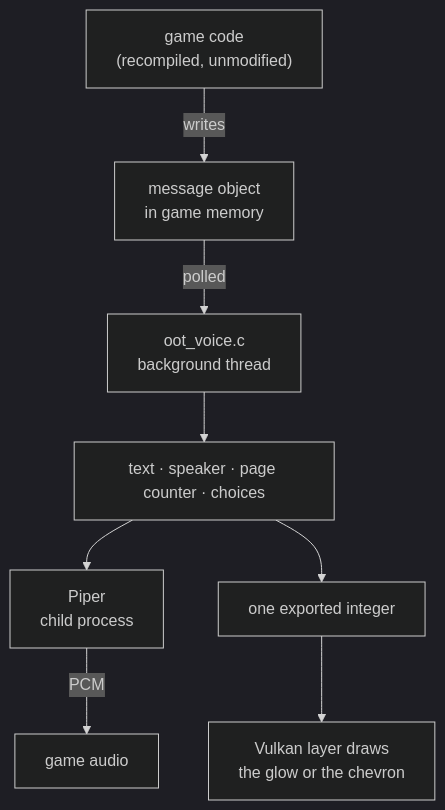
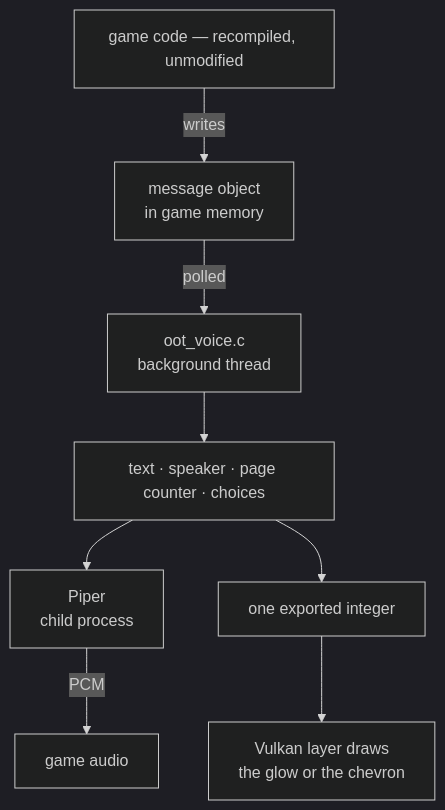
Before and after one commit to Predator04/Hookshot-Narrator: the second of 2 diagrams in README.md, drawn with Mermaid (dark theme). The commit also changed 1 other file, not shown here.

Commit message:
Keep brackets out of the diagram labels, which some Mermaid versions trip on

````diff
--- a/README.md
+++ b/README.md
@@ -191,10 +191,10 @@
 ```mermaid
 flowchart TD
-    A["game code<br/>(recompiled, unmodified)"] -->|writes| B["message object<br/>in game memory"]
+    A["game code — recompiled, unmodified"] -->|writes| B["message object<br/>in game memory"]
     B -->|polled| C["oot_voice.c<br/>background thread"]
     C --> D["text · speaker · page counter · choices"]
     D --> E["Piper<br/>child process"]
     E -->|PCM| F["game audio"]
     D --> G["one exported integer"]
     G --> H["Vulkan layer draws<br/>the glow or the chevron"]
 ```
````
